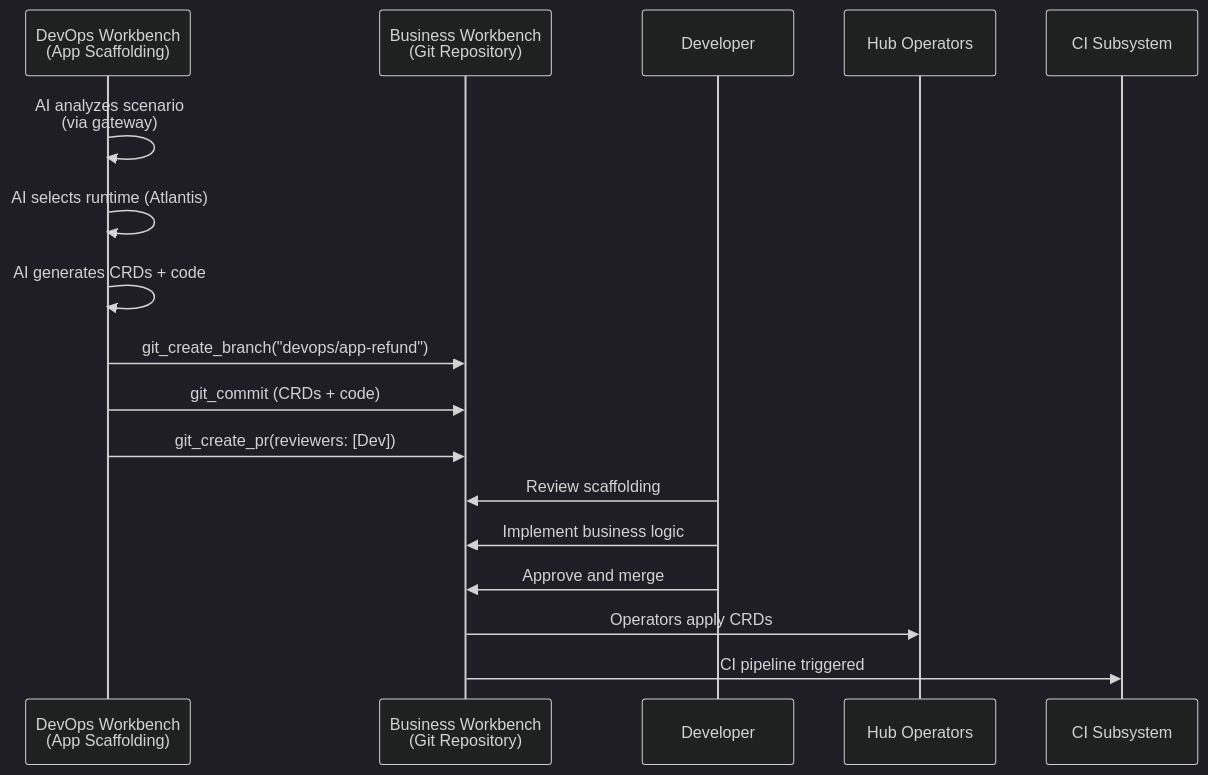
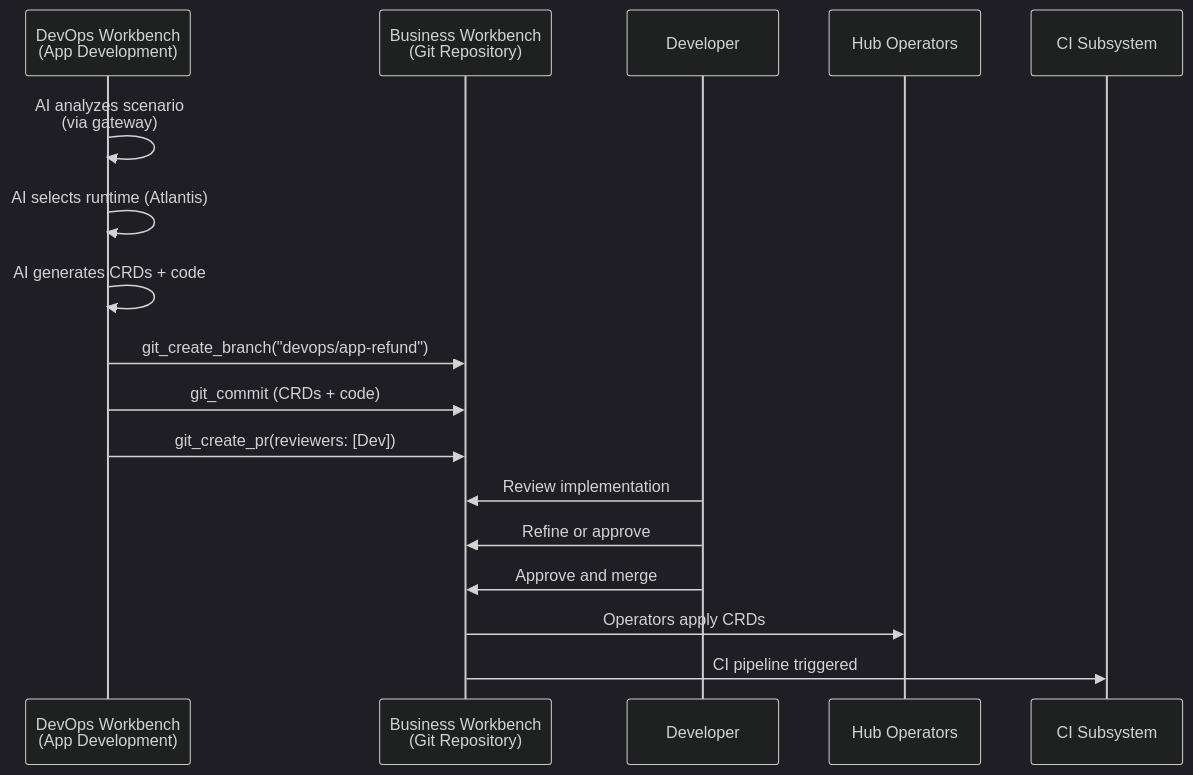
One commit to gramki/temp-website changed the seventh of 14 diagrams in olympus-hub-docs/10-guides/idea-to-deployment-guide.md. Above: the diagram before and after it, drawn with Mermaid (dark theme). The commit also changed other lines of this file and 15 other files, not shown here.

````diff
--- a/olympus-hub-docs/10-guides/idea-to-deployment-guide.md
+++ b/olympus-hub-docs/10-guides/idea-to-deployment-guide.md
@@ -479,20 +479,20 @@
 ```mermaid
 sequenceDiagram
-    participant DW as DevOps Workbench<br/>(App Scaffolding)
+    participant DW as DevOps Workbench<br/>(App Development)
     participant Git as Business Workbench<br/>(Git Repository)
     participant Dev as Developer
     participant Ops as Hub Operators
     participant CI as CI Subsystem
     
     DW->>DW: AI analyzes scenario<br/>(via gateway)
     DW->>DW: AI selects runtime (Atlantis)
     DW->>DW: AI generates CRDs + code
     DW->>Git: git_create_branch("devops/app-refund")
     DW->>Git: git_commit (CRDs + code)
     DW->>Git: git_create_pr(reviewers: [Dev])
-    Dev->>Git: Review scaffolding
-    Dev->>Git: Implement business logic
+    Dev->>Git: Review implementation
+    Dev->>Git: Refine or approve
     Dev->>Git: Approve and merge
     Git->>Ops: Operators apply CRDs
     Git->>CI: CI pipeline triggered
 ```
````
